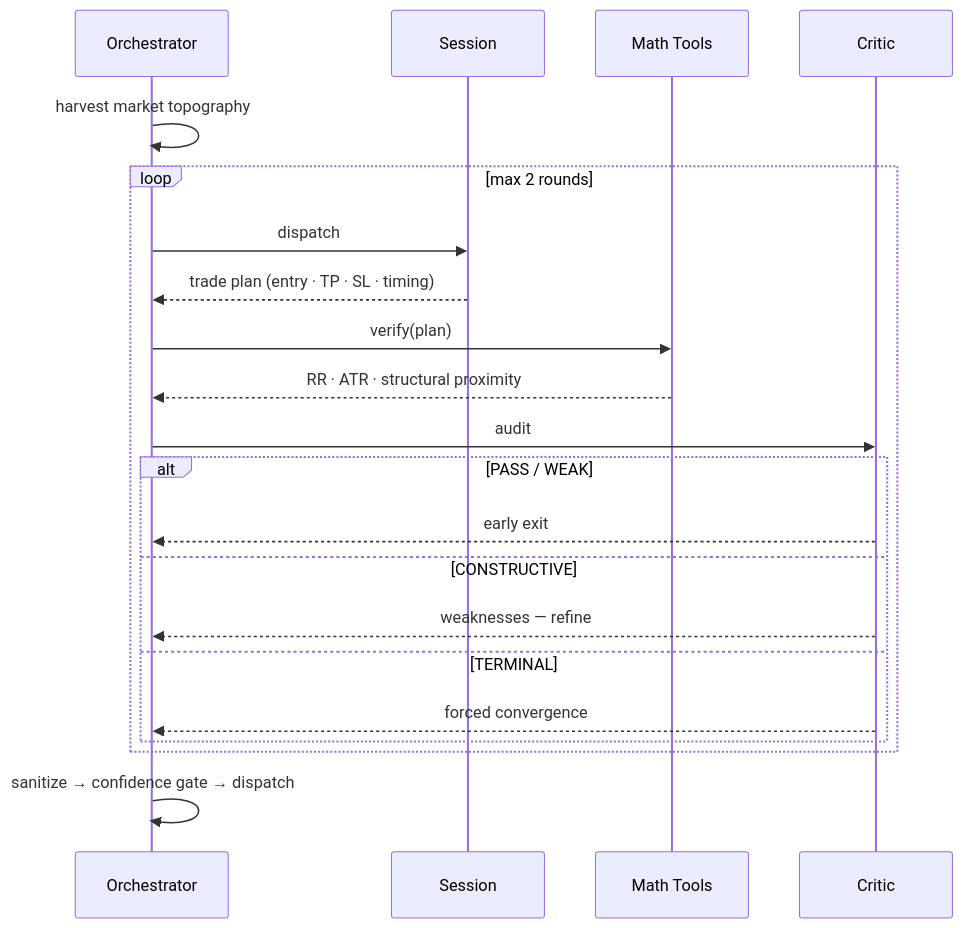
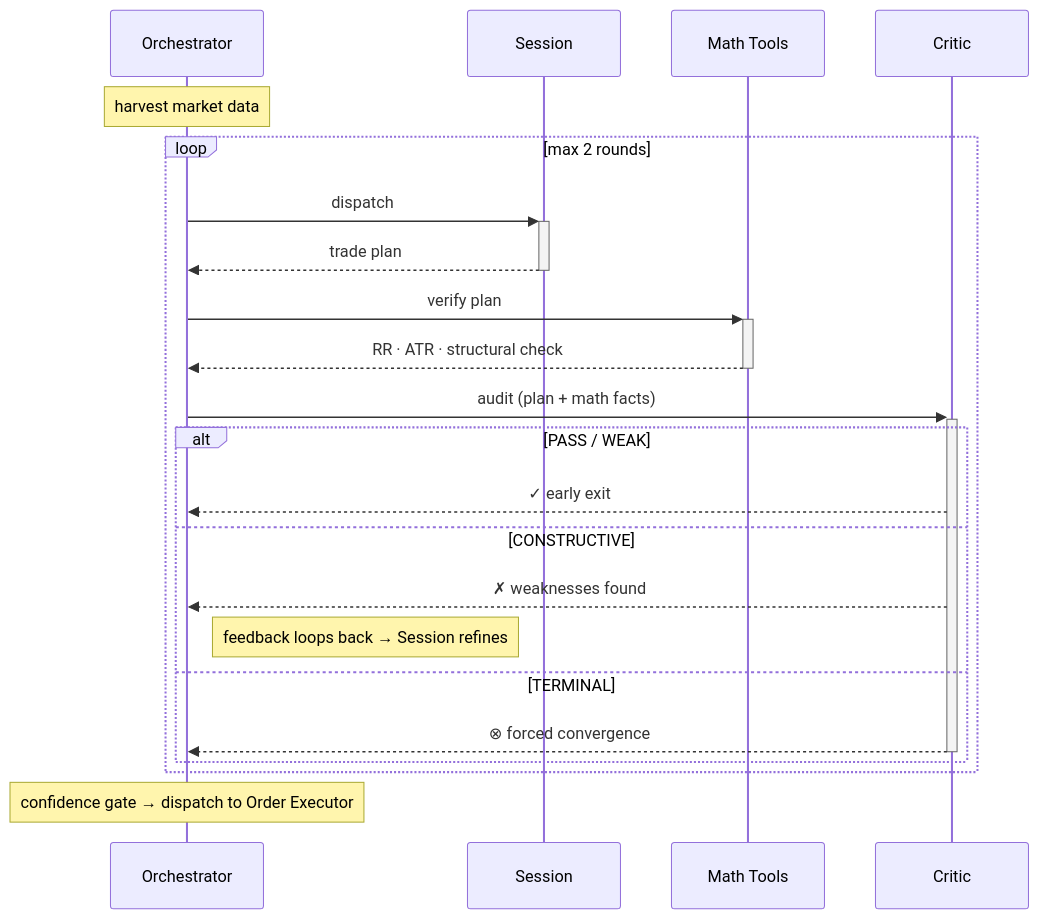
The first of 3 diagrams in README.md (jiangyang5157/binary-star), drawn with Mermaid before and after one commit.

Commit message:
docs: update BSO sequence diagram to reflect refined feedback and audit flow

````diff
--- a/README.md
+++ b/README.md
@@ -11,24 +11,25 @@
 ```mermaid
 sequenceDiagram
     participant BSO as Orchestrator
     participant S as Session
     participant M as Math Tools
     participant C as Critic
 
-    BSO->>BSO: harvest market topography
+    Note over BSO: harvest market data
     loop max 2 rounds
-        BSO->>S: dispatch
-        S-->>BSO: trade plan (entry · TP · SL · timing)
-        BSO->>M: verify(plan)
-        M-->>BSO: RR · ATR · structural proximity
-        BSO->>C: audit
+        BSO->>+S: dispatch
+        S-->>-BSO: trade plan
+        BSO->>+M: verify plan
+        M-->>-BSO: RR · ATR · structural check
+        BSO->>+C: audit (plan + math facts)
         alt PASS / WEAK
-            C-->>BSO: early exit
+            C-->>BSO: ✓ early exit
         else CONSTRUCTIVE
-            C-->>BSO: weaknesses — refine
+            C-->>BSO: ✗ weaknesses found
+            Note right of BSO: feedback loops back → Session refines
         else TERMINAL
-            C-->>BSO: forced convergence
+            C-->>-BSO: ⊗ forced convergence
         end
     end
-    BSO->>BSO: sanitize → confidence gate → dispatch
+    Note over BSO: confidence gate → dispatch to Order Executor
 ```
````
